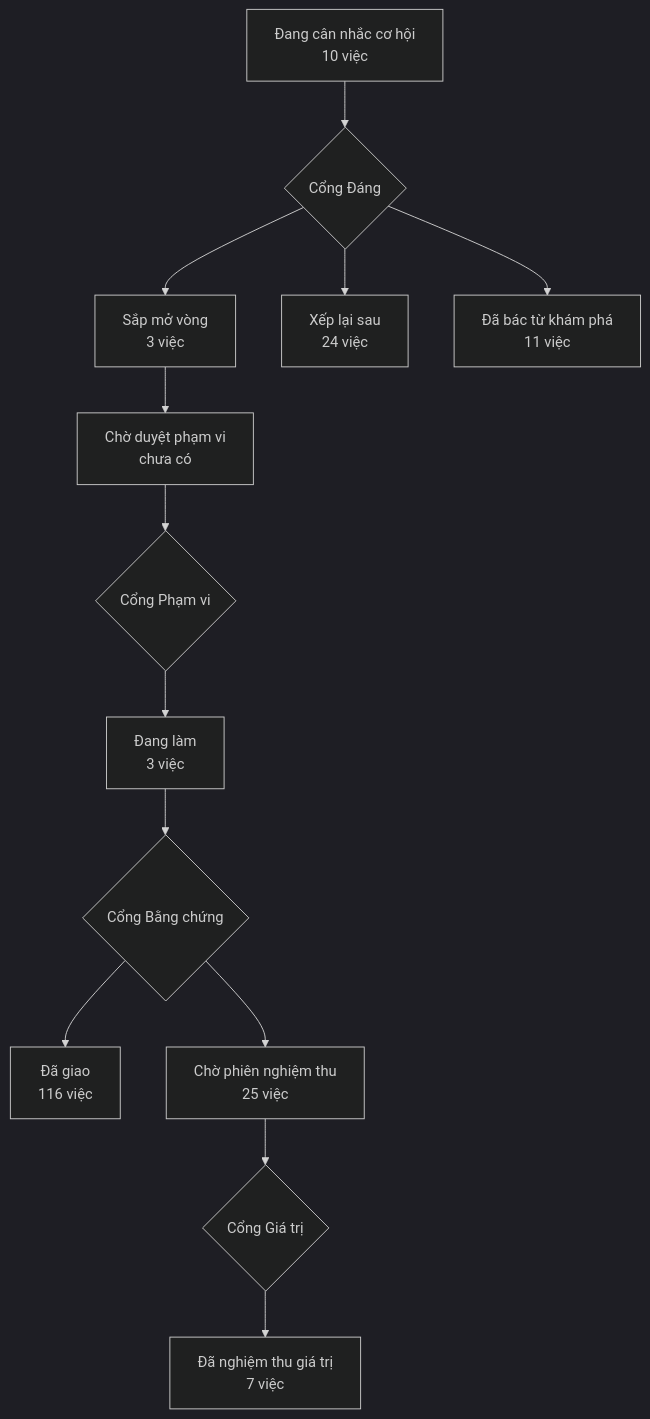
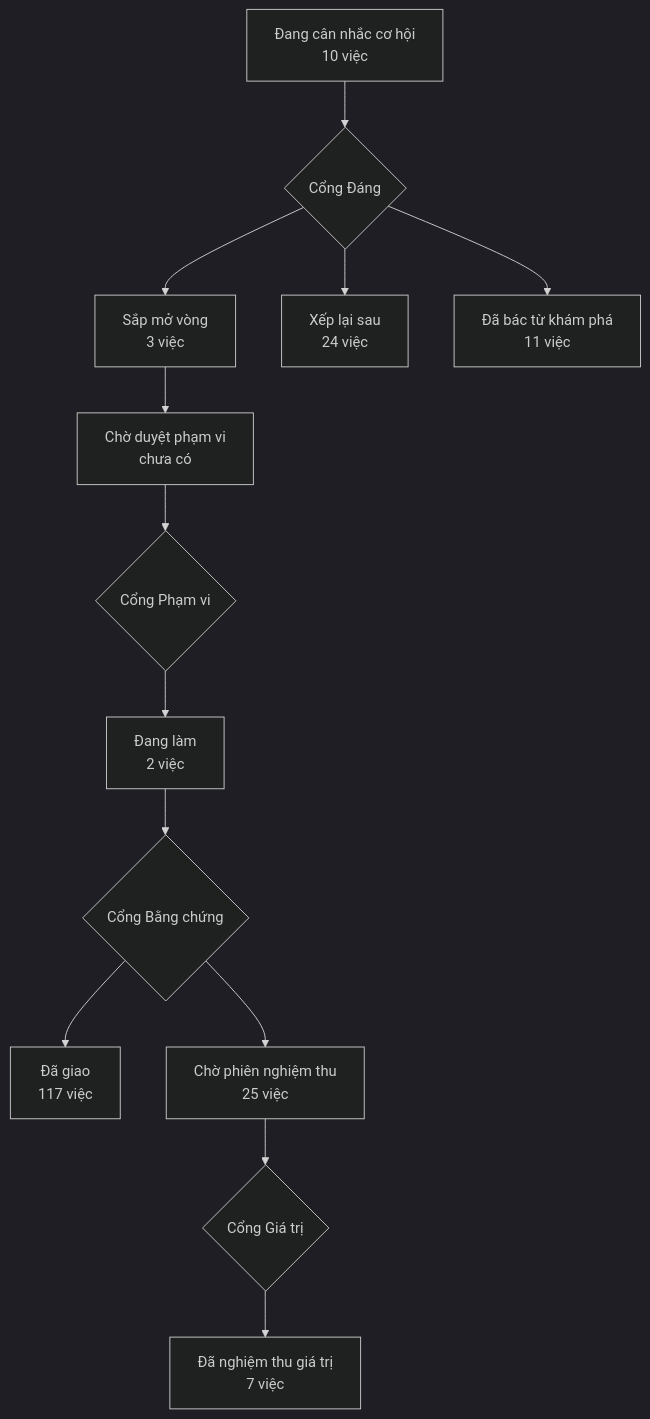
One commit to phanlemanh/acceptance-gate-kit changed the diagram in PRODUCT-MAP.md. Above: the diagram before and after it, drawn with Mermaid (dark theme). The commit also changed 4 other files, not shown here.

````diff
--- a/PRODUCT-MAP.md
+++ b/PRODUCT-MAP.md
@@ -7,12 +7,12 @@
 ```mermaid
 flowchart TD
   A["Đang cân nhắc cơ hội<br/>10 việc"] --> GD{"Cổng Đáng"}
   GD --> B["Sắp mở vòng<br/>3 việc"]
   GD --> XL["Xếp lại sau<br/>24 việc"]
   GD --> DB["Đã bác từ khám phá<br/>11 việc"]
   B --> CD["Chờ duyệt phạm vi<br/>chưa có"] --> GP{"Cổng Phạm vi"}
-  GP --> DL["Đang làm<br/>3 việc"] --> GB{"Cổng Bằng chứng"}
-  GB --> DG["Đã giao<br/>116 việc"]
+  GP --> DL["Đang làm<br/>2 việc"] --> GB{"Cổng Bằng chứng"}
+  GB --> DG["Đã giao<br/>117 việc"]
   GB --> CN["Chờ phiên nghiệm thu<br/>25 việc"] --> GG{"Cổng Giá trị"}
   GG --> NT["Đã nghiệm thu giá trị<br/>7 việc"]
 ```
````
